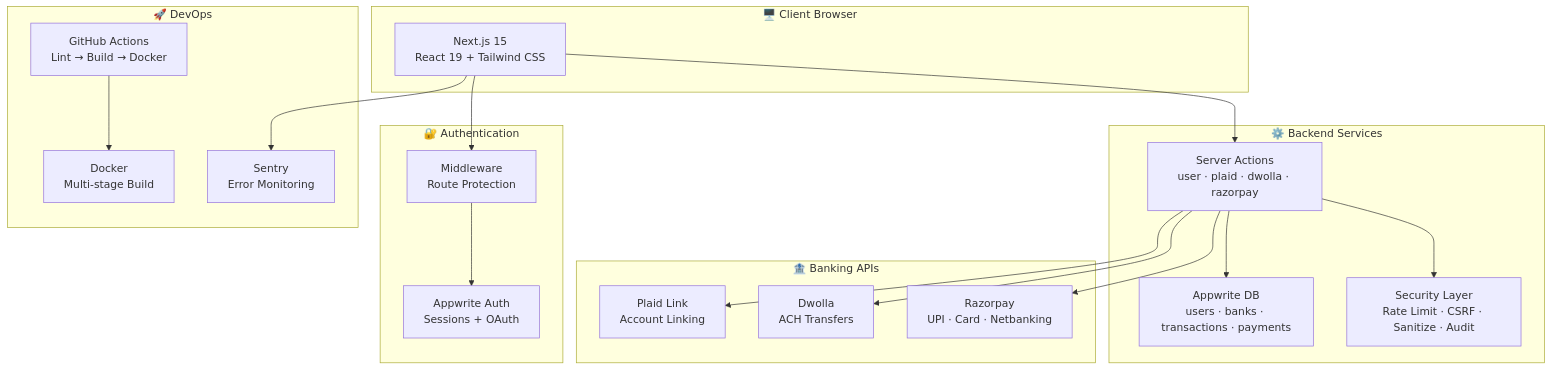
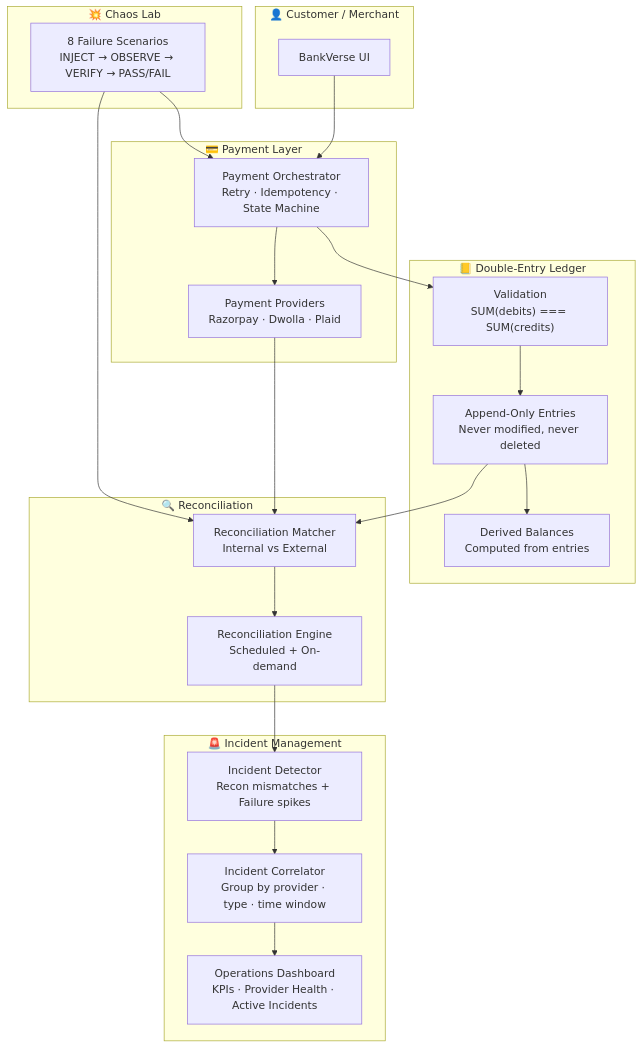
Before and after one commit to Script-Kitty01/bankverse: the first of 2 diagrams in README.md, drawn with Mermaid. The commit also changed other lines of this file and 14 other files, not shown here.

Commit message:
feat: split ledger into modules, add incident correlation, DEBIT_WITHOUT_CREDIT e2e, rewrite README for reliability, fix CVEs

````diff
--- a/README.md
+++ b/README.md
@@ -42,37 +52,46 @@
 ```mermaid
 graph TB
-    subgraph Client["🖥️ Client Browser"]
-        UI["Next.js 15<br/>React 19 + Tailwind CSS"]
+    subgraph User["👤 Customer / Merchant"]
+        UI["BankVerse UI"]
     end
 
-    subgraph Auth["🔐 Authentication"]
-        MW["Middleware<br/>Route Protection"]
-        AW["Appwrite Auth<br/>Sessions + OAuth"]
+    subgraph Payment["💳 Payment Layer"]
+        ORCH["Payment Orchestrator<br/>Retry · Idempotency · State Machine"]
+        PSP["Payment Providers<br/>Razorpay · Dwolla · Plaid"]
     end
 
-    subgraph Banking["🏦 Banking APIs"]
-        PL["Plaid Link<br/>Account Linking"]
-        DW["Dwolla<br/>ACH Transfers"]
-        RZ["Razorpay<br/>UPI · Card · Netbanking"]
+    subgraph Ledger["📒 Double-Entry Ledger"]
+        VAL["Validation<br/>SUM(debits) === SUM(credits)"]
+        ENTRIES["Append-Only Entries<br/>Never modified, never deleted"]
+        BAL["Derived Balances<br/>Computed from entries"]
     end
 
-    subgraph Backend["⚙️ Backend Services"]
-        SA["Server Actions<br/>user · plaid · dwolla · razorpay"]
-        DB["Appwrite DB<br/>users · banks · transactions · payments"]
-        SEC["Security Layer<br/>Rate Limit · CSRF · Sanitize · Audit"]
+    subgraph Recon["🔍 Reconciliation"]
+        MATCHER["Reconciliation Matcher<br/>Internal vs External"]
+        ENGINE["Reconciliation Engine<br/>Scheduled + On-demand"]
     end
 
-    subgraph Ops["🚀 DevOps"]
-        CI["GitHub Actions<br/>Lint → Build → Docker"]
-        DO["Docker<br/>Multi-stage Build"]
-        SN["Sentry<br/>Error Monitoring"]
+    subgraph Incidents["🚨 Incident Management"]
+        DETECT["Incident Detector<br/>Recon mismatches + Failure spikes"]
+        CORR["Incident Correlator<br/>Group by provider · type · time window"]
+        DASH["Operations Dashboard<br/>KPIs · Provider Health · Active Incidents"]
     end
 
-    UI --> MW --> AW
-    UI --> SA
-    SA --> PL & DW & RZ
-    SA --> DB
-    SA --> SEC
-    CI --> DO
-    UI --> SN
+    subgraph Chaos["💥 Chaos Lab"]
+        SCENARIOS["8 Failure Scenarios<br/>INJECT → OBSERVE → VERIFY → PASS/FAIL"]
+    end
+
+    UI --> ORCH
+    ORCH --> PSP
+    ORCH --> VAL
+    VAL --> ENTRIES
+    ENTRIES --> BAL
+    ENTRIES --> MATCHER
+    PSP --> MATCHER
+    MATCHER --> ENGINE
+    ENGINE --> DETECT
+    DETECT --> CORR
+    CORR --> DASH
+    SCENARIOS --> ORCH
+    SCENARIOS --> MATCHER
 ```
````
